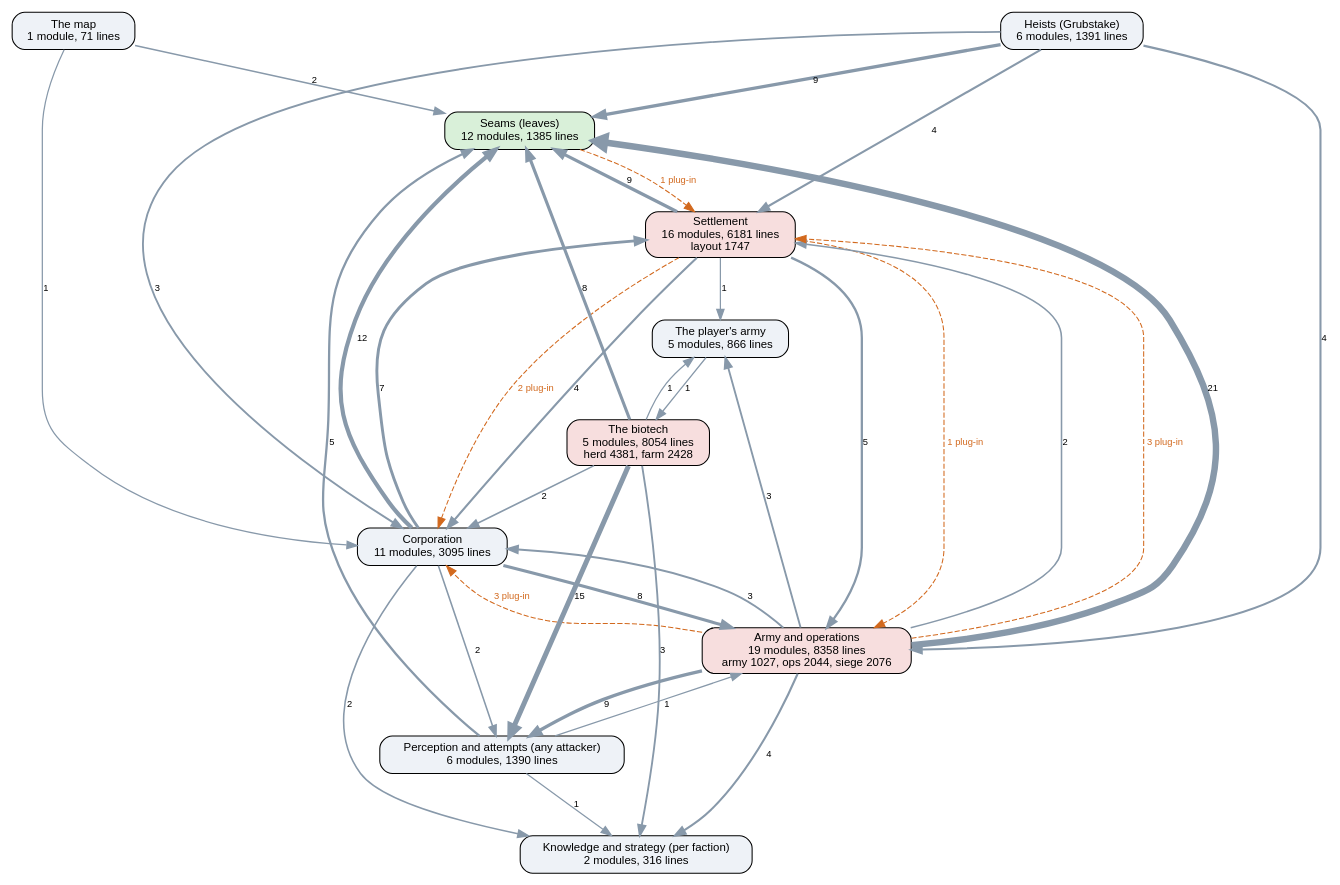
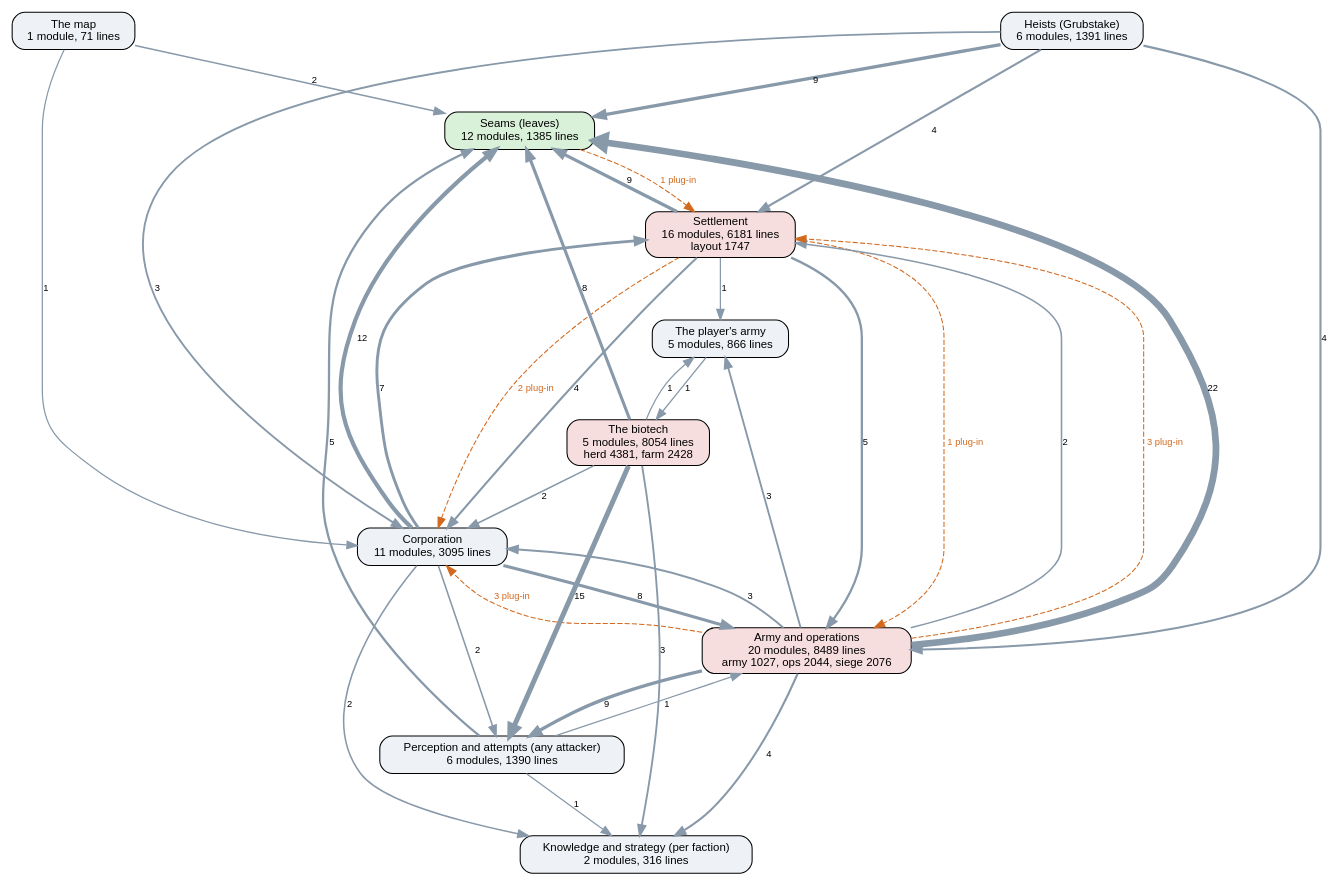
Before and after one commit to kinelhu/landing-party: the diagram in docs/ai-layers.dot, drawn with Graphviz. The commit also changed 15 other files, not shown here.

```diff
--- a/docs/ai-layers.dot
+++ b/docs/ai-layers.dot
@@ -1,50 +1,50 @@
 digraph layers {
   graph [rankdir=TB, fontname="Helvetica", nodesep=0.5, ranksep=0.7];
   node [shape=box, style="rounded,filled", fontname="Helvetica", fontsize=11, fillcolor="#eef2f7"];
   edge [color="#8899aa", fontname="Helvetica", fontsize=9];
   "Seams (leaves)" [label="Seams (leaves)\n12 modules, 1385 lines", fillcolor="#d9f0d9"];
   "Perception and attempts (any attacker)" [label="Perception and attempts (any attacker)\n6 modules, 1390 lines", fillcolor="#eef2f7"];
   "Knowledge and strategy (per faction)" [label="Knowledge and strategy (per faction)\n2 modules, 316 lines", fillcolor="#eef2f7"];
   "Corporation" [label="Corporation\n11 modules, 3095 lines", fillcolor="#eef2f7"];
   "Settlement" [label="Settlement\n16 modules, 6181 lines\nlayout 1747", fillcolor="#f7dede"];
-  "Army and operations" [label="Army and operations\n19 modules, 8358 lines\narmy 1027, ops 2044, siege 2076", fillcolor="#f7dede"];
+  "Army and operations" [label="Army and operations\n20 modules, 8489 lines\narmy 1027, ops 2044, siege 2076", fillcolor="#f7dede"];
   "Heists (Grubstake)" [label="Heists (Grubstake)\n6 modules, 1391 lines", fillcolor="#eef2f7"];
   "The biotech" [label="The biotech\n5 modules, 8054 lines\nherd 4381, farm 2428", fillcolor="#f7dede"];
   "The map" [label="The map\n1 module, 71 lines", fillcolor="#eef2f7"];
   "The player's army" [label="The player's army\n5 modules, 866 lines", fillcolor="#eef2f7"];
   "Army and operations" -> "Corporation" [label="3", penwidth=1.8];
   "Army and operations" -> "Knowledge and strategy (per faction)" [label="4", penwidth=2.0];
   "Army and operations" -> "Perception and attempts (any attacker)" [label="9", penwidth=3.2];
-  "Army and operations" -> "Seams (leaves)" [label="21", penwidth=6.2];
+  "Army and operations" -> "Seams (leaves)" [label="22", penwidth=6.5];
   "Army and operations" -> "Settlement" [label="2", penwidth=1.5];
   "Army and operations" -> "The player's army" [label="3", penwidth=1.8];
   "Corporation" -> "Army and operations" [label="8", penwidth=3.0];
   "Corporation" -> "Knowledge and strategy (per faction)" [label="2", penwidth=1.5];
   "Corporation" -> "Perception and attempts (any attacker)" [label="2", penwidth=1.5];
   "Corporation" -> "Seams (leaves)" [label="12", penwidth=4.0];
   "Corporation" -> "Settlement" [label="7", penwidth=2.8];
   "Heists (Grubstake)" -> "Army and operations" [label="4", penwidth=2.0];
   "Heists (Grubstake)" -> "Corporation" [label="3", penwidth=1.8];
   "Heists (Grubstake)" -> "Seams (leaves)" [label="9", penwidth=3.2];
   "Heists (Grubstake)" -> "Settlement" [label="4", penwidth=2.0];
   "Perception and attempts (any attacker)" -> "Army and operations" [label="1", penwidth=1.2];
   "Perception and attempts (any attacker)" -> "Knowledge and strategy (per faction)" [label="1", penwidth=1.2];
   "Perception and attempts (any attacker)" -> "Seams (leaves)" [label="5", penwidth=2.2];
   "Settlement" -> "Army and operations" [label="5", penwidth=2.2];
   "Settlement" -> "Corporation" [label="4", penwidth=2.0];
   "Settlement" -> "Seams (leaves)" [label="9", penwidth=3.2];
   "Settlement" -> "The player's army" [label="1", penwidth=1.2];
   "The biotech" -> "Corporation" [label="2", penwidth=1.5];
   "The biotech" -> "Knowledge and strategy (per faction)" [label="3", penwidth=1.8];
   "The biotech" -> "Perception and attempts (any attacker)" [label="15", penwidth=4.8];
   "The biotech" -> "Seams (leaves)" [label="8", penwidth=3.0];
   "The biotech" -> "The player's army" [label="1", penwidth=1.2];
   "The map" -> "Corporation" [label="1", penwidth=1.2];
   "The map" -> "Seams (leaves)" [label="2", penwidth=1.5];
   "The player's army" -> "The biotech" [label="1", penwidth=1.2];
   "Army and operations" -> "Corporation" [style=dashed, color="#d2691e", fontcolor="#d2691e", label="3 plug-in"];
   "Army and operations" -> "Settlement" [style=dashed, color="#d2691e", fontcolor="#d2691e", label="3 plug-in"];
   "Seams (leaves)" -> "Settlement" [style=dashed, color="#d2691e", fontcolor="#d2691e", label="1 plug-in"];
   "Settlement" -> "Army and operations" [style=dashed, color="#d2691e", fontcolor="#d2691e", label="1 plug-in"];
   "Settlement" -> "Corporation" [style=dashed, color="#d2691e", fontcolor="#d2691e", label="2 plug-in"];
 }
```
